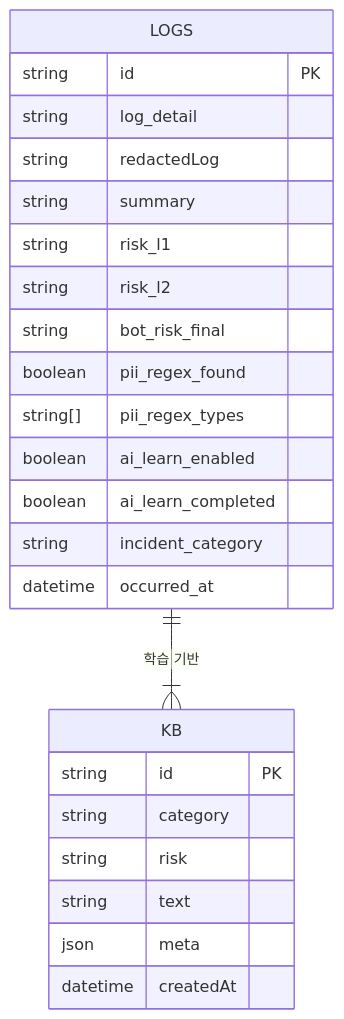
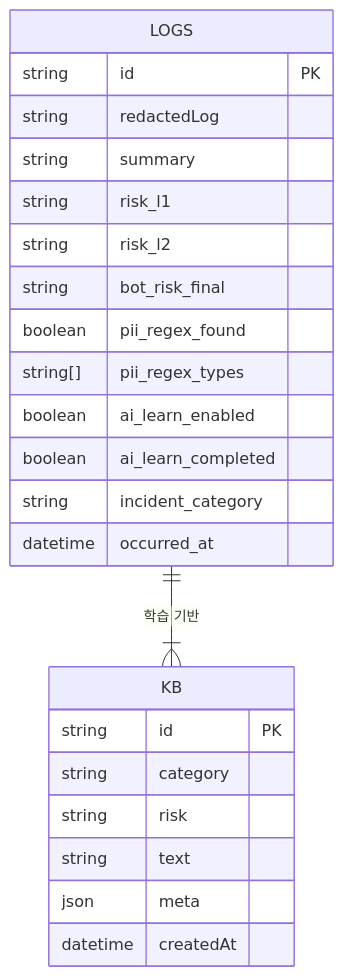
Before and after one commit to jihun-moon/im-bank-n8n-agent: the second of 2 diagrams in README.md, drawn with Mermaid. The commit also changed other lines of this file, not shown here.

````diff
--- a/README.md
+++ b/README.md
@@ -118,29 +119,28 @@
 ```mermaid
 erDiagram
     LOGS {
         string id PK
-        string log_detail
         string redactedLog
         string summary
         string risk_l1
         string risk_l2
         string bot_risk_final
         boolean pii_regex_found
         string[] pii_regex_types
         boolean ai_learn_enabled
         boolean ai_learn_completed
         string incident_category
         datetime occurred_at
     }
 
     KB {
         string id PK
         string category
         string risk
         string text
         json meta
         datetime createdAt
     }
 
     LOGS ||--|{ KB : "학습 기반"
 ```
````
